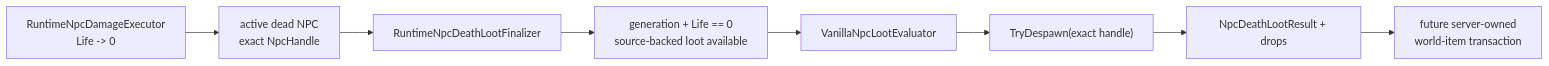
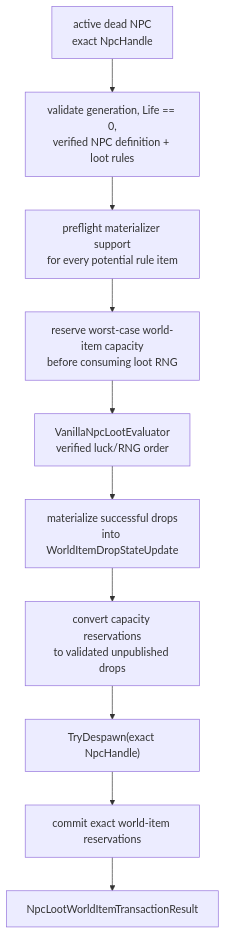
One commit to VegaKernel/TerraRuntime changed the diagram in docs/en/npc-death-loot-finalization.md. Above: the diagram before and after it, drawn with Mermaid. The commit also changed other lines of this file and 3 other files, not shown here.

First line of the commit message:
Gameplay: stage NPC loot into server-owned world items

````diff
--- a/docs/en/npc-death-loot-finalization.md
+++ b/docs/en/npc-death-loot-finalization.md
@@ -7,10 +12,12 @@
 ```mermaid
-flowchart LR
-    Damage["RuntimeNpcDamageExecutor\nLife -> 0"] --> Dead["active dead NPC\nexact NpcHandle"]
-    Dead --> Finalizer["RuntimeNpcDeathLootFinalizer"]
-    Finalizer --> Validate["generation + Life == 0\nsource-backed loot available"]
-    Validate --> Loot["VanillaNpcLootEvaluator"]
-    Loot --> Despawn["TryDespawn(exact handle)"]
-    Despawn --> Result["NpcDeathLootResult + drops"]
-    Result --> Future["future server-owned\nworld-item transaction"]
+flowchart TD
+    Dead["active dead NPC\nexact NpcHandle"] --> Validate["validate generation, Life == 0,\nverified NPC definition + loot rules"]
+    Validate --> Support["preflight materializer support\nfor every potential rule item"]
+    Support --> Capacity["reserve worst-case world-item capacity\nbefore consuming loot RNG"]
+    Capacity --> Loot["VanillaNpcLootEvaluator\nverified luck/RNG order"]
+    Loot --> Materialize["materialize successful drops\ninto WorldItemDropStateUpdate"]
+    Materialize --> Stage["convert capacity reservations\nto validated unpublished drops"]
+    Stage --> Despawn["TryDespawn(exact NpcHandle)"]
+    Despawn --> Commit["commit exact world-item reservations"]
+    Commit --> Result["NpcLootWorldItemTransactionResult"]
 ```
````
